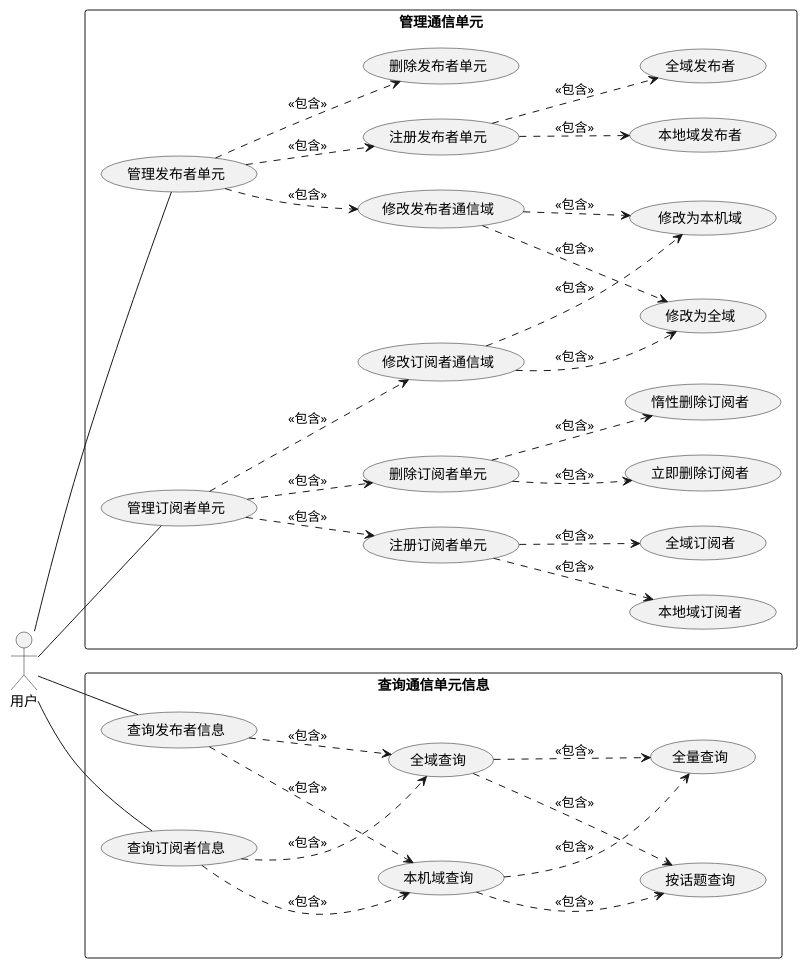
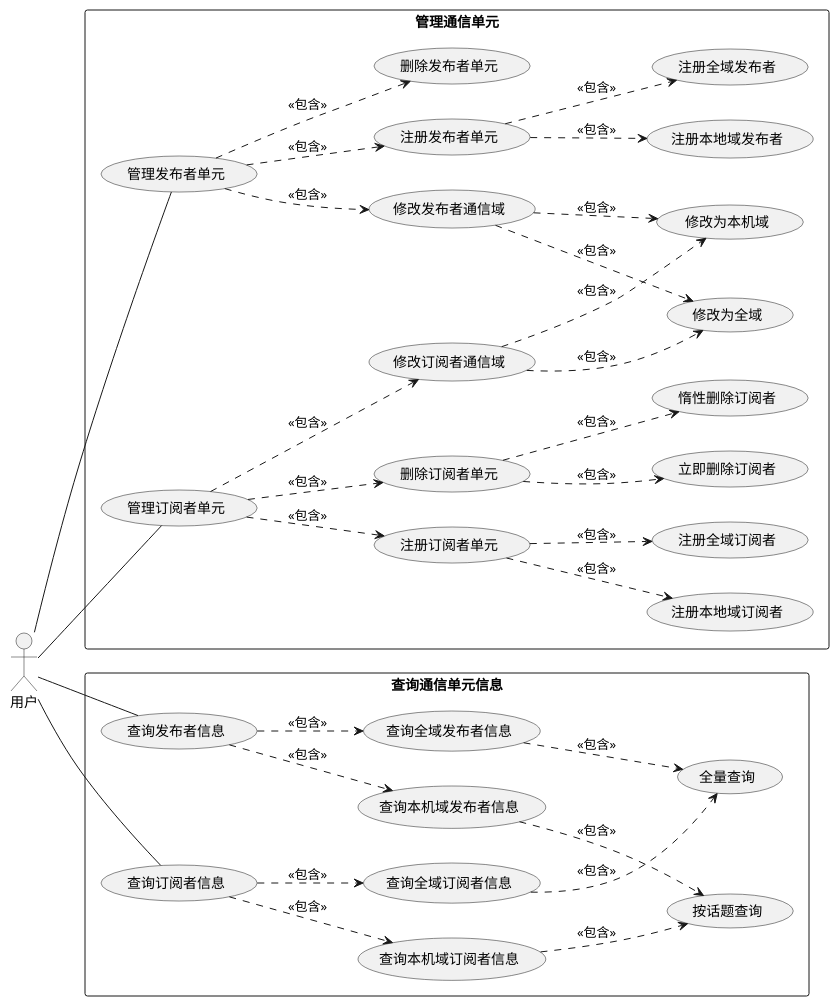
One commit to woshigerunze/new_paper changed the diagram in uml/uml-0-0.wsd. Above: the diagram before and after it, drawn with PlantUML. The commit also changed 8 other files, not shown here.

```diff
--- a/uml/uml-0-0.wsd
+++ b/uml/uml-0-0.wsd
@@ -1,38 +1,38 @@
 @startuml
 left to right direction
 skinparam packageStyle rectangle
 actor 用户
 rectangle 管理通信单元 {
 用户 -- (管理发布者单元)
 (管理发布者单元) .-> (注册发布者单元) : <<包含>>
 (管理发布者单元) .-> (删除发布者单元) : <<包含>>
 (管理发布者单元) .-> (修改发布者通信域) : <<包含>>
 (修改发布者通信域) .-> (修改为全域) : <<包含>>
 (修改发布者通信域) .-> (修改为本机域) : <<包含>>
-(注册发布者单元) .-> (本地域发布者) : <<包含>>
-(注册发布者单元) .-> (全域发布者) : <<包含>>
+(注册发布者单元) .-> (注册本地域发布者) : <<包含>>
+(注册发布者单元) .-> (注册全域发布者) : <<包含>>
 
 用户 -- (管理订阅者单元)
 (管理订阅者单元) .-> (注册订阅者单元) : <<包含>>
 (管理订阅者单元) .-> (删除订阅者单元) : <<包含>>
 (管理订阅者单元) .-> (修改订阅者通信域) : <<包含>>
 (修改订阅者通信域) .-> (修改为全域) : <<包含>>
 (修改订阅者通信域) .-> (修改为本机域) : <<包含>>
-(注册订阅者单元) .-> (本地域订阅者) : <<包含>>
-(注册订阅者单元) .-> (全域订阅者) : <<包含>>
+(注册订阅者单元) .-> (注册本地域订阅者) : <<包含>>
+(注册订阅者单元) .-> (注册全域订阅者) : <<包含>>
 删除订阅者单元 .-> (立即删除订阅者) : <<包含>>
 删除订阅者单元 .-> (惰性删除订阅者) : <<包含>>
 }
 rectangle 查询通信单元信息 {
 用户 -- (查询发布者信息)
 用户 -- (查询订阅者信息)
-(查询发布者信息) .-> (本机域查询) : <<包含>>
-(查询发布者信息) .-> (全域查询) : <<包含>>
-(查询订阅者信息) .-> (本机域查询) : <<包含>>
-(查询订阅者信息) .-> (全域查询) : <<包含>>
-(本机域查询) .-> (按话题查询) : <<包含>>
-(全域查询) .-> (按话题查询) : <<包含>>
-(本机域查询) .-> (全量查询) : <<包含>>
-(全域查询) .-> (全量查询) : <<包含>>
+(查询发布者信息) .-> (查询本机域发布者信息) : <<包含>>
+(查询发布者信息) .-> (查询全域发布者信息) : <<包含>>
+(查询订阅者信息) .-> (查询本机域订阅者信息) : <<包含>>
+(查询订阅者信息) .-> (查询全域订阅者信息) : <<包含>>
+(查询本机域发布者信息) .-> (按话题查询) : <<包含>>
+(查询本机域订阅者信息) .-> (按话题查询) : <<包含>>
+(查询全域订阅者信息) .-> (全量查询) : <<包含>>
+(查询全域发布者信息) .-> (全量查询) : <<包含>>
 }
 @enduml
```
